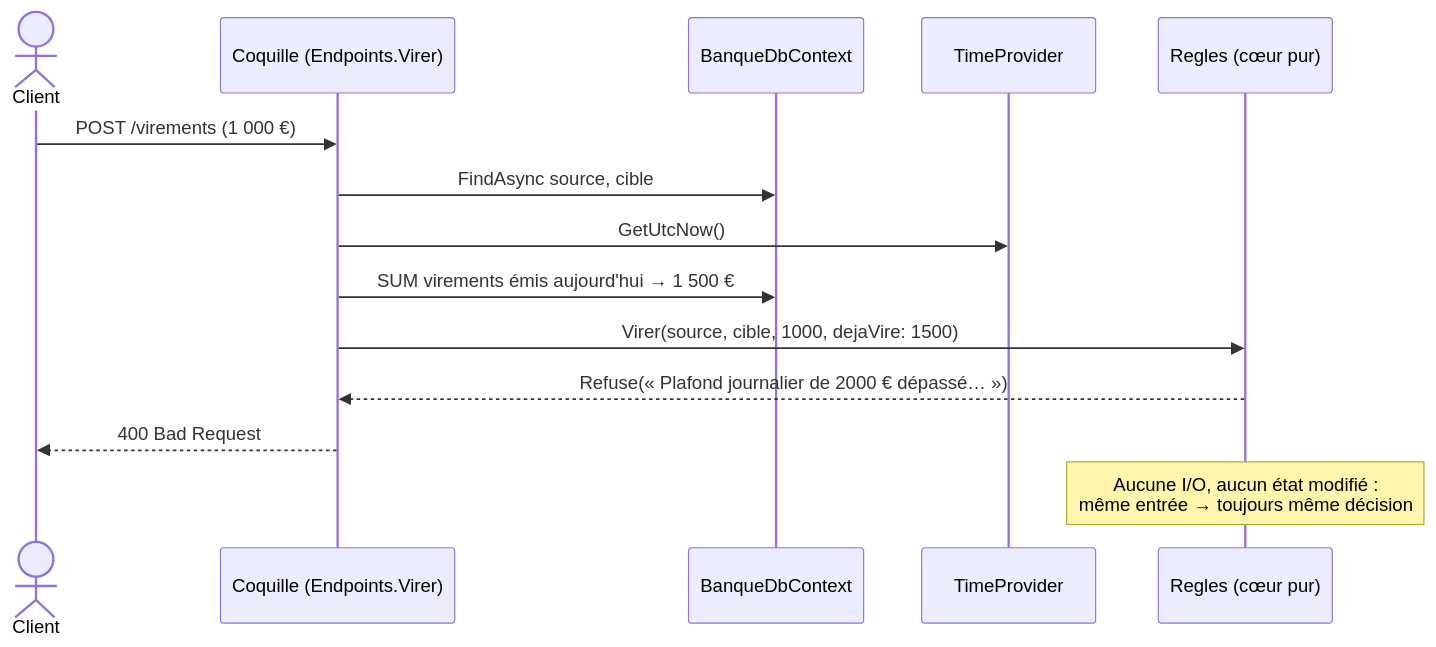
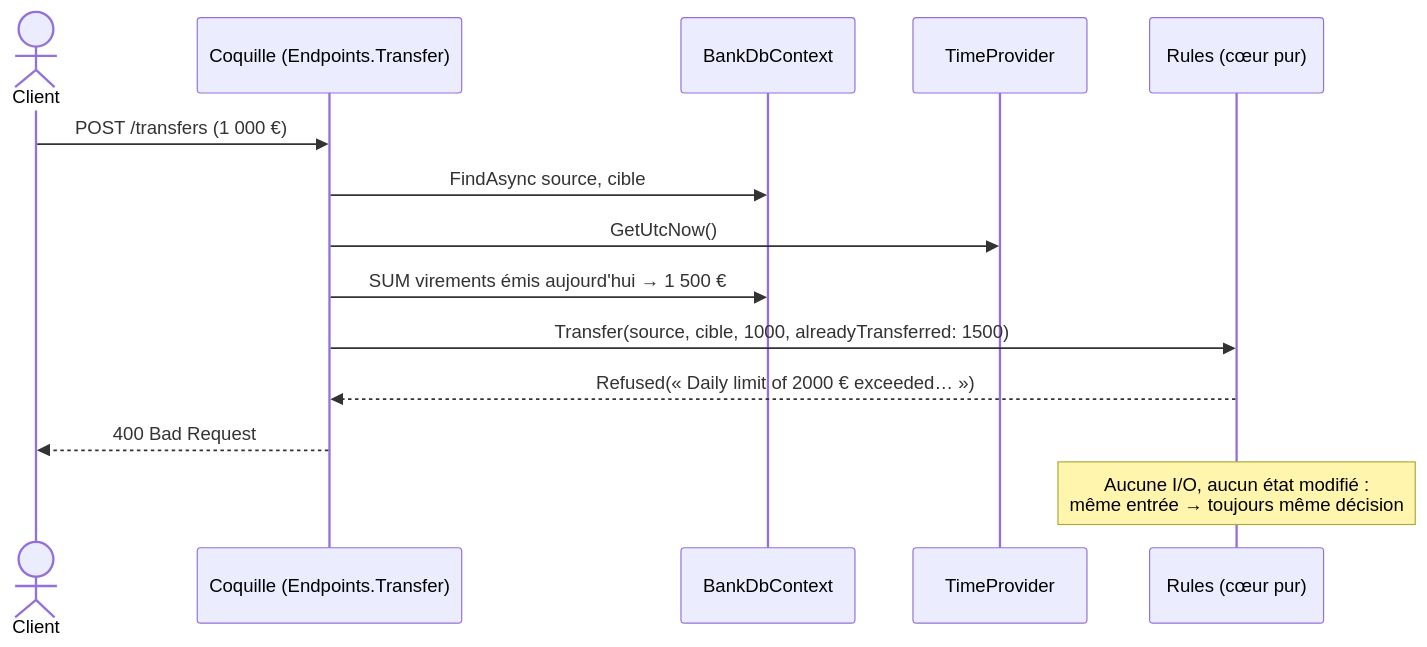
One commit to drangoht/ArchitecturesDemo changed the second of 2 diagrams in Docs/04-coeur-fonctionnel.md. Above: the diagram before and after it, drawn with Mermaid. The commit also changed other lines of this file and 70 other files, not shown here.

Commit message:
Docs FR : identifiants, liens, diagrammes et sorties alignés sur le code anglais

````diff
--- a/Docs/04-coeur-fonctionnel.md
+++ b/Docs/04-coeur-fonctionnel.md
@@ -138,16 +138,16 @@
 ```mermaid
 sequenceDiagram
     actor Client
-    participant S as Coquille (Endpoints.Virer)
-    participant DB as BanqueDbContext
+    participant S as Coquille (Endpoints.Transfer)
+    participant DB as BankDbContext
     participant H as TimeProvider
-    participant R as Regles (cœur pur)
-    Client->>S: POST /virements (1 000 €)
+    participant R as Rules (cœur pur)
+    Client->>S: POST /transfers (1 000 €)
     S->>DB: FindAsync source, cible
     S->>H: GetUtcNow()
     S->>DB: SUM virements émis aujourd'hui → 1 500 €
-    S->>R: Virer(source, cible, 1000, dejaVire: 1500)
-    R-->>S: Refuse(« Plafond journalier de 2000 € dépassé… »)
+    S->>R: Transfer(source, cible, 1000, alreadyTransferred: 1500)
+    R-->>S: Refused(« Daily limit of 2000 € exceeded… »)
     S-->>Client: 400 Bad Request
     Note over R: Aucune I/O, aucun état modifié :<br/>même entrée → toujours même décision
 ```
````
